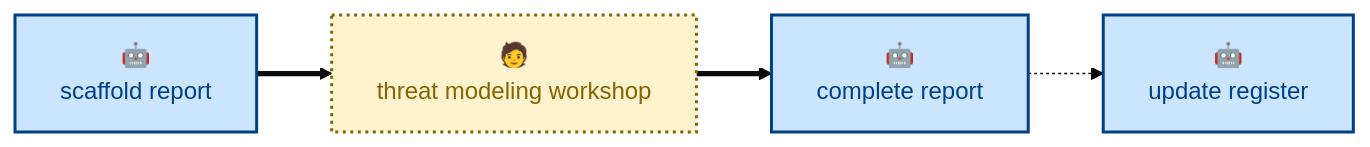
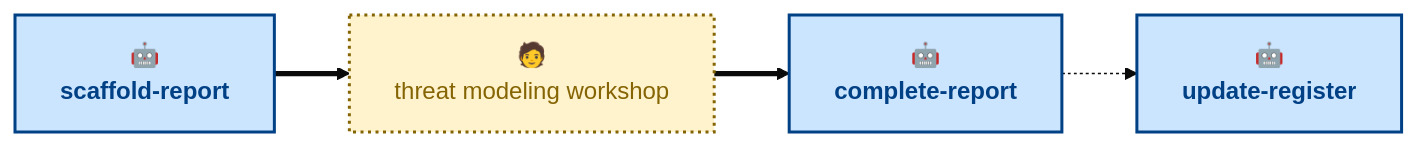
The diagram in .agents/skills/README.md (kieranpotts/risks), drawn with Mermaid (base theme) before and after one commit. The commit also changed other lines of this file, not shown here.

````diff
--- a/.agents/skills/README.md
+++ b/.agents/skills/README.md
@@ -16,15 +24,15 @@
 ```mermaid
 flowchart LR
-  scaffold["🤖<br/>scaffold report"]:::agentic
+  scaffold["🤖<br/><b>scaffold-report</b>"]:::agentic
   workshop["🧑<br/>threat modeling workshop"]:::anthropic
-  complete["🤖<br/>complete report"]:::agentic
-  update["🤖<br/>update register"]:::agentic
+  complete["🤖<br/><b>complete-report</b>"]:::agentic
+  update["🤖<br/><b>update-register</b>"]:::agentic
 
   scaffold ==> workshop
   workshop ==> complete
   complete -.-> update
 
   classDef agentic fill:#cce5ff,stroke:#004085,color:#004085,stroke-width:2px
   classDef scripted fill:#e2e3e5,stroke:#4b5157,color:#383d41,stroke-width:2px
   classDef anthropic fill:#fff3cd,stroke:#856404,color:#856404,stroke-width:2px,stroke-dasharray:2 3
 ```
````
